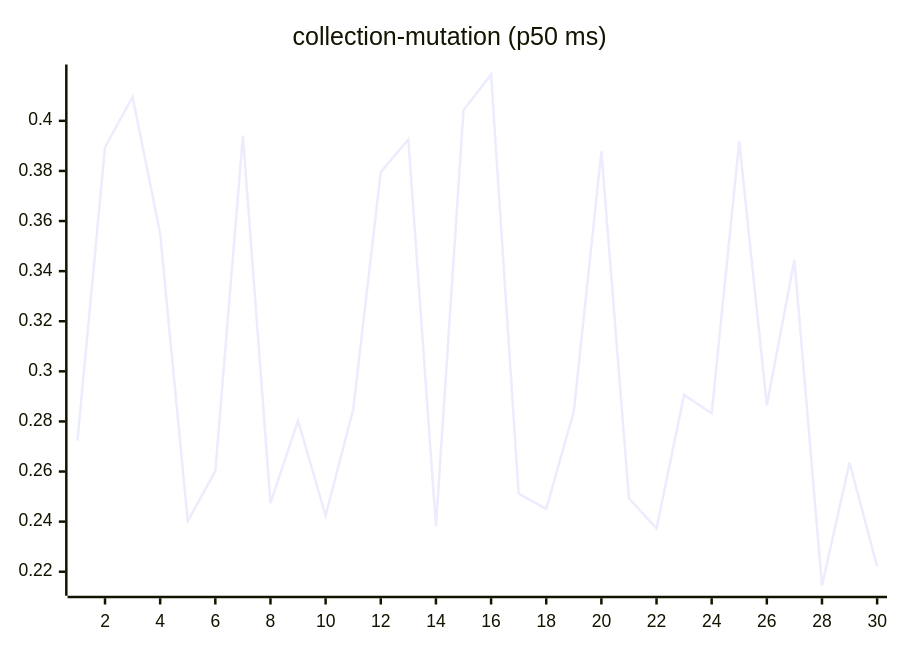
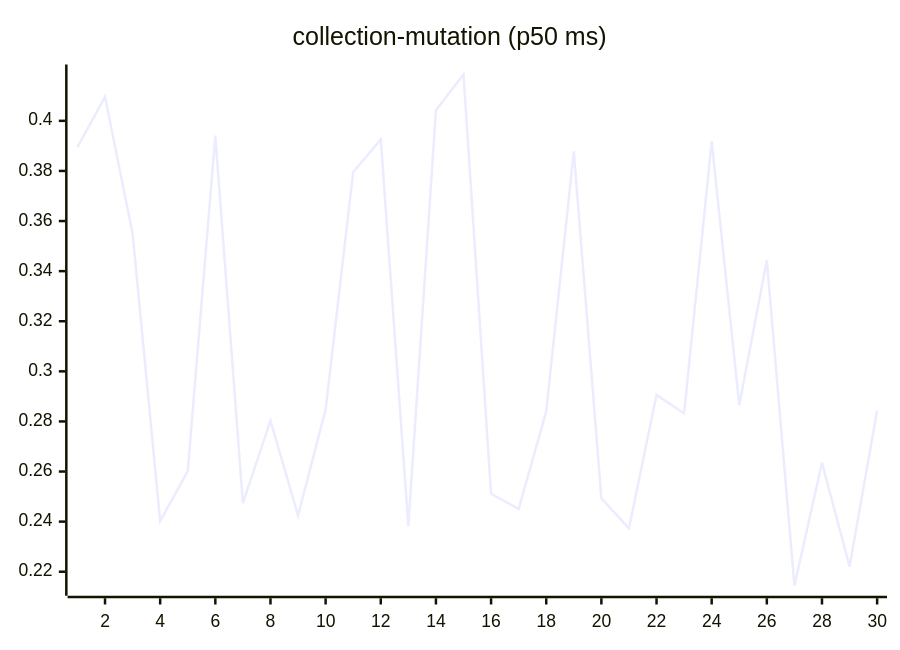
One commit to josha/Facet changed the sixth of 27 diagrams in README.md. Above: the diagram before and after it, drawn with Mermaid. The commit also changed other lines of this file and 2 other files, not shown here.

````diff
--- a/README.md
+++ b/README.md
@@ -98,6 +98,6 @@
 ```mermaid
 xychart-beta
     title "collection-mutation (p50 ms)"
     x-axis 1 --> 30
-    line [0.2723, 0.3895, 0.4096, 0.3550, 0.2402, 0.2602, 0.3941, 0.2474, 0.2803, 0.2424, 0.2848, 0.3796, 0.3926, 0.2382, 0.4042, 0.4185, 0.2511, 0.2451, 0.2840, 0.3878, 0.2493, 0.2373, 0.2906, 0.2832, 0.3918, 0.2865, 0.3444, 0.2144, 0.2635, 0.2221]
+    line [0.3895, 0.4096, 0.3550, 0.2402, 0.2602, 0.3941, 0.2474, 0.2803, 0.2424, 0.2848, 0.3796, 0.3926, 0.2382, 0.4042, 0.4185, 0.2511, 0.2451, 0.2840, 0.3878, 0.2493, 0.2373, 0.2906, 0.2832, 0.3918, 0.2865, 0.3444, 0.2144, 0.2635, 0.2221, 0.2844]
 ```
````
